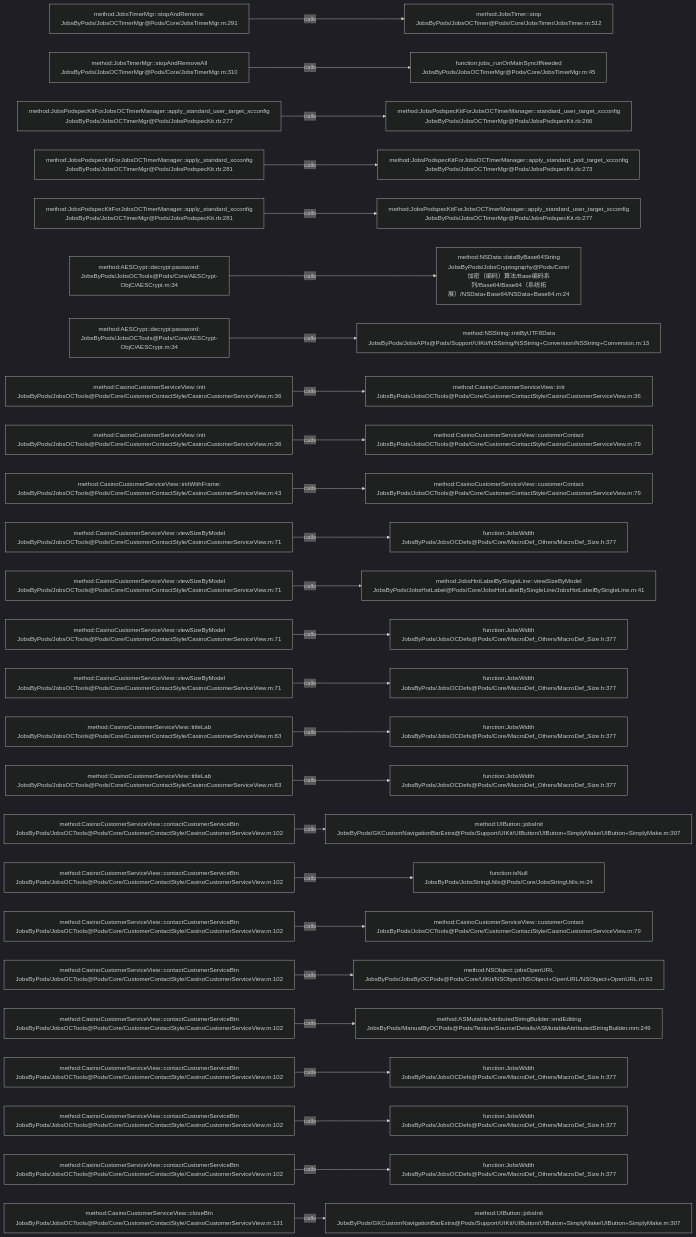
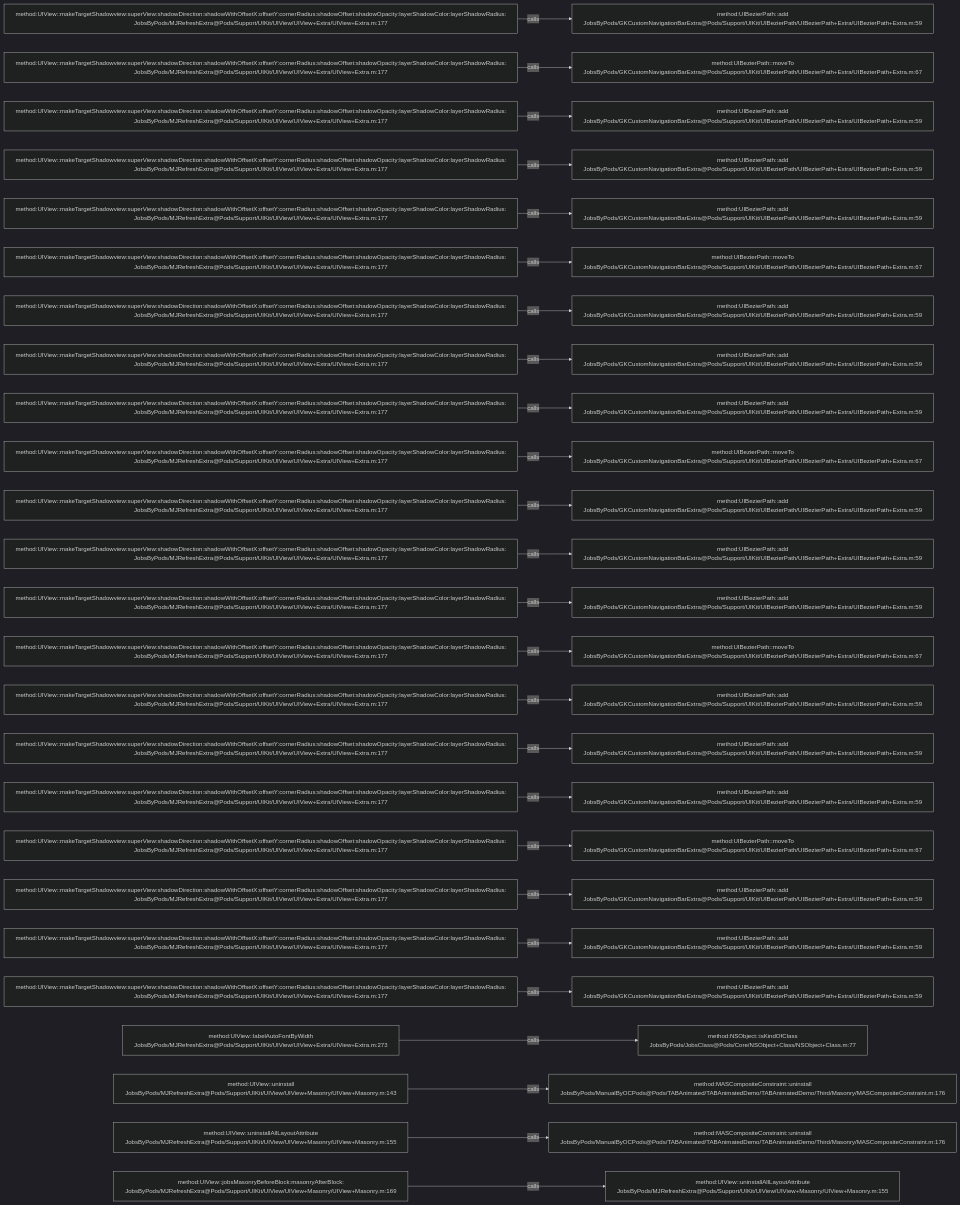
One commit to JobsKits/JobsOCBaseConfigDemo changed the diagram in .codegraph/codegraph.md/graphs/calls-183.md. Above: the diagram before and after it, drawn with Mermaid (dark theme). The commit also changed 1026 other files, not shown here.

````diff
--- a/.codegraph/codegraph.md/graphs/calls-183.md
+++ b/.codegraph/codegraph.md/graphs/calls-183.md
@@ -13,78 +13,78 @@
 ```mermaid
 flowchart LR
-  S1["method:JobsTimerMgr::stopAndRemove:<br/>JobsByPods/JobsOCTimerMgr@Pods/Core/JobsTimerMgr.m:291"]
-  T1["method:JobsTimer::stop<br/>JobsByPods/JobsOCTimer@Pods/Core/JobsTimer/JobsTimer.m:512"]
+  S1["method:UIView::makeTargetShadowview:superView:shadowDirection:shadowWithOffsetX:offsetY:cornerRadius:shadowOffset:shadowOpacity:layerShadowColor:layerShadowRadius:<br/>JobsByPods/MJRefreshExtra@Pods/Support/UIKit/UIView/UIView+Extra/UIView+Extra.m:177"]
+  T1["method:UIBezierPath::add<br/>JobsByPods/GKCustomNavigationBarExtra@Pods/Support/UIKit/UIBezierPath/UIBezierPath+Extra/UIBezierPath+Extra.m:59"]
   S1 -->|calls| T1
-  S2["method:JobsTimerMgr::stopAndRemoveAll<br/>JobsByPods/JobsOCTimerMgr@Pods/Core/JobsTimerMgr.m:310"]
-  T2["function:jobs_runOnMainSyncIfNeeded<br/>JobsByPods/JobsOCTimerMgr@Pods/Core/JobsTimerMgr.m:45"]
+  S2["method:UIView::makeTargetShadowview:superView:shadowDirection:shadowWithOffsetX:offsetY:cornerRadius:shadowOffset:shadowOpacity:layerShadowColor:layerShadowRadius:<br/>JobsByPods/MJRefreshExtra@Pods/Support/UIKit/UIView/UIView+Extra/UIView+Extra.m:177"]
+  T2["method:UIBezierPath::moveTo<br/>JobsByPods/GKCustomNavigationBarExtra@Pods/Support/UIKit/UIBezierPath/UIBezierPath+Extra/UIBezierPath+Extra.m:67"]
   S2 -->|calls| T2
-  S3["method:JobsPodspecKitForJobsOCTimerManager::apply_standard_user_target_xcconfig<br/>JobsByPods/JobsOCTimerMgr@Pods/JobsPodspecKit.rb:277"]
-  T3["method:JobsPodspecKitForJobsOCTimerManager::standard_user_target_xcconfig<br/>JobsByPods/JobsOCTimerMgr@Pods/JobsPodspecKit.rb:266"]
+  S3["method:UIView::makeTargetShadowview:superView:shadowDirection:shadowWithOffsetX:offsetY:cornerRadius:shadowOffset:shadowOpacity:layerShadowColor:layerShadowRadius:<br/>JobsByPods/MJRefreshExtra@Pods/Support/UIKit/UIView/UIView+Extra/UIView+Extra.m:177"]
+  T3["method:UIBezierPath::add<br/>JobsByPods/GKCustomNavigationBarExtra@Pods/Support/UIKit/UIBezierPath/UIBezierPath+Extra/UIBezierPath+Extra.m:59"]
   S3 -->|calls| T3
-  S4["method:JobsPodspecKitForJobsOCTimerManager::apply_standard_xcconfig<br/>JobsByPods/JobsOCTimerMgr@Pods/JobsPodspecKit.rb:281"]
-  T4["method:JobsPodspecKitForJobsOCTimerManager::apply_standard_pod_target_xcconfig<br/>JobsByPods/JobsOCTimerMgr@Pods/JobsPodspecKit.rb:273"]
+  S4["method:UIView::makeTargetShadowview:superView:shadowDirection:shadowWithOffsetX:offsetY:cornerRadius:shadowOffset:shadowOpacity:layerShadowColor:layerShadowRadius:<br/>JobsByPods/MJRefreshExtra@Pods/Support/UIKit/UIView/UIView+Extra/UIView+Extra.m:177"]
+  T4["method:UIBezierPath::add<br/>JobsByPods/GKCustomNavigationBarExtra@Pods/Support/UIKit/UIBezierPath/UIBezierPath+Extra/UIBezierPath+Extra.m:59"]
   S4 -->|calls| T4
-  S5["method:JobsPodspecKitForJobsOCTimerManager::apply_standard_xcconfig<br/>JobsByPods/JobsOCTimerMgr@Pods/JobsPodspecKit.rb:281"]
-  T5["method:JobsPodspecKitForJobsOCTimerManager::apply_standard_user_target_xcconfig<br/>JobsByPods/JobsOCTimerMgr@Pods/JobsPodspecKit.rb:277"]
+  S5["method:UIView::makeTargetShadowview:superView:shadowDirection:shadowWithOffsetX:offsetY:cornerRadius:shadowOffset:shadowOpacity:layerShadowColor:layerShadowRadius:<br/>JobsByPods/MJRefreshExtra@Pods/Support/UIKit/UIView/UIView+Extra/UIView+Extra.m:177"]
+  T5["method:UIBezierPath::add<br/>JobsByPods/GKCustomNavigationBarExtra@Pods/Support/UIKit/UIBezierPath/UIBezierPath+Extra/UIBezierPath+Extra.m:59"]
   S5 -->|calls| T5
-  S6["method:AESCrypt::decrypt:password:<br/>JobsByPods/JobsOCTools@Pods/Core/AESCrypt-ObjC/AESCrypt.m:34"]
-  T6["method:NSData::dataByBase64String<br/>JobsByPods/JobsCryptography@Pods/Core/加密（编码）算法/Base编码系列/Base64/Base64（系统拓展）/NSData+Base64/NSData+Base64.m:24"]
+  S6["method:UIView::makeTargetShadowview:superView:shadowDirection:shadowWithOffsetX:offsetY:cornerRadius:shadowOffset:shadowOpacity:layerShadowColor:layerShadowRadius:<br/>JobsByPods/MJRefreshExtra@Pods/Support/UIKit/UIView/UIView+Extra/UIView+Extra.m:177"]
+  T6["method:UIBezierPath::moveTo<br/>JobsByPods/GKCustomNavigationBarExtra@Pods/Support/UIKit/UIBezierPath/UIBezierPath+Extra/UIBezierPath+Extra.m:67"]
   S6 -->|calls| T6
-  S7["method:AESCrypt::decrypt:password:<br/>JobsByPods/JobsOCTools@Pods/Core/AESCrypt-ObjC/AESCrypt.m:34"]
-  T7["method:NSString::initByUTF8Data<br/>JobsByPods/JobsAPIs@Pods/Support/UIKit/NSString/NSString+Conversion/NSString+Conversion.m:13"]
+  S7["method:UIView::makeTargetShadowview:superView:shadowDirection:shadowWithOffsetX:offsetY:cornerRadius:shadowOffset:shadowOpacity:layerShadowColor:layerShadowRadius:<br/>JobsByPods/MJRefreshExtra@Pods/Support/UIKit/UIView/UIView+Extra/UIView+Extra.m:177"]
+  T7["method:UIBezierPath::add<br/>JobsByPods/GKCustomNavigationBarExtra@Pods/Support/UIKit/UIBezierPath/UIBezierPath+Extra/UIBezierPath+Extra.m:59"]
   S7 -->|calls| T7
-  S8["method:CasinoCustomerServiceView::init<br/>JobsByPods/JobsOCTools@Pods/Core/CustomerContactStyle/CasinoCustomerServiceView.m:36"]
-  T8["method:CasinoCustomerServiceView::init<br/>JobsByPods/JobsOCTools@Pods/Core/CustomerContactStyle/CasinoCustomerServiceView.m:36"]
+  S8["method:UIView::makeTargetShadowview:superView:shadowDirection:shadowWithOffsetX:offsetY:cornerRadius:shadowOffset:shadowOpacity:layerShadowColor:layerShadowRadius:<br/>JobsByPods/MJRefreshExtra@Pods/Support/UIKit/UIView/UIView+Extra/UIView+Extra.m:177"]
+  T8["method:UIBezierPath::add<br/>JobsByPods/GKCustomNavigationBarExtra@Pods/Support/UIKit/UIBezierPath/UIBezierPath+Extra/UIBezierPath+Extra.m:59"]
   S8 -->|calls| T8
-  S9["method:CasinoCustomerServiceView::init<br/>JobsByPods/JobsOCTools@Pods/Core/CustomerContactStyle/CasinoCustomerServiceView.m:36"]
-  T9["method:CasinoCustomerServiceView::customerContact<br/>JobsByPods/JobsOCTools@Pods/Core/CustomerContactStyle/CasinoCustomerServiceView.m:79"]
+  S9["method:UIView::makeTargetShadowview:superView:shadowDirection:shadowWithOffsetX:offsetY:cornerRadius:shadowOffset:shadowOpacity:layerShadowColor:layerShadowRadius:<br/>JobsByPods/MJRefreshExtra@Pods/Support/UIKit/UIView/UIView+Extra/UIView+Extra.m:177"]
+  T9["method:UIBezierPath::add<br/>JobsByPods/GKCustomNavigationBarExtra@Pods/Support/UIKit/UIBezierPath/UIBezierPath+Extra/UIBezierPath+Extra.m:59"]
   S9 -->|calls| T9
-  S10["method:CasinoCustomerServiceView::initWithFrame:<br/>JobsByPods/JobsOCTools@Pods/Core/CustomerContactStyle/CasinoCustomerServiceView.m:43"]
-  T10["method:CasinoCustomerServiceView::customerContact<br/>JobsByPods/JobsOCTools@Pods/Core/CustomerContactStyle/CasinoCustomerServiceView.m:79"]
+  S10["method:UIView::makeTargetShadowview:superView:shadowDirection:shadowWithOffsetX:offsetY:cornerRadius:shadowOffset:shadowOpacity:layerShadowColor:layerShadowRadius:<br/>JobsByPods/MJRefreshExtra@Pods/Support/UIKit/UIView/UIView+Extra/UIView+Extra.m:177"]
+  T10["method:UIBezierPath::moveTo<br/>JobsByPods/GKCustomNavigationBarExtra@Pods/Support/UIKit/UIBezierPath/UIBezierPath+Extra/UIBezierPath+Extra.m:67"]
   S10 -->|calls| T10
-  S11["method:CasinoCustomerServiceView::viewSizeByModel<br/>JobsByPods/JobsOCTools@Pods/Core/CustomerContactStyle/CasinoCustomerServiceView.m:71"]
-  T11["function:JobsWidth<br/>JobsByPods/JobsOCDefs@Pods/Core/MacroDef_Others/MacroDef_Size.h:377"]
+  S11["method:UIView::makeTargetShadowview:superView:shadowDirection:shadowWithOffsetX:offsetY:cornerRadius:shadowOffset:shadowOpacity:layerShadowColor:layerShadowRadius:<br/>JobsByPods/MJRefreshExtra@Pods/Support/UIKit/UIView/UIView+Extra/UIView+Extra.m:177"]
+  T11["method:UIBezierPath::add<br/>JobsByPods/GKCustomNavigationBarExtra@Pods/Support/UIKit/UIBezierPath/UIBezierPath+Extra/UIBezierPath+Extra.m:59"]
   S11 -->|calls| T11
-  S12["method:CasinoCustomerServiceView::viewSizeByModel<br/>JobsByPods/JobsOCTools@Pods/Core/CustomerContactStyle/CasinoCustomerServiceView.m:71"]
-  T12["method:JobsHotLabelBySingleLine::viewSizeByModel<br/>JobsByPods/JobsHotLabel@Pods/Core/JobsHotLabelBySingleLine/JobsHotLabelBySingleLine.m:41"]
+  S12["method:UIView::makeTargetShadowview:superView:shadowDirection:shadowWithOffsetX:offsetY:cornerRadius:shadowOffset:shadowOpacity:layerShadowColor:layerShadowRadius:<br/>JobsByPods/MJRefreshExtra@Pods/Support/UIKit/UIView/UIView+Extra/UIView+Extra.m:177"]
+  T12["method:UIBezierPath::add<br/>JobsByPods/GKCustomNavigationBarExtra@Pods/Support/UIKit/UIBezierPath/UIBezierPath+Extra/UIBezierPath+Extra.m:59"]
   S12 -->|calls| T12
-  S13["method:CasinoCustomerServiceView::viewSizeByModel<br/>JobsByPods/JobsOCTools@Pods/Core/CustomerContactStyle/CasinoCustomerServiceView.m:71"]
-  T13["function:JobsWidth<br/>JobsByPods/JobsOCDefs@Pods/Core/MacroDef_Others/MacroDef_Size.h:377"]
+  S13["method:UIView::makeTargetShadowview:superView:shadowDirection:shadowWithOffsetX:offsetY:cornerRadius:shadowOffset:shadowOpacity:layerShadowColor:layerShadowRadius:<br/>JobsByPods/MJRefreshExtra@Pods/Support/UIKit/UIView/UIView+Extra/UIView+Extra.m:177"]
+  T13["method:UIBezierPath::add<br/>JobsByPods/GKCustomNavigationBarExtra@Pods/Support/UIKit/UIBezierPath/UIBezierPath+Extra/UIBezierPath+Extra.m:59"]
   S13 -->|calls| T13
-  S14["method:CasinoCustomerServiceView::viewSizeByModel<br/>JobsByPods/JobsOCTools@Pods/Core/CustomerContactStyle/CasinoCustomerServiceView.m:71"]
-  T14["function:JobsWidth<br/>JobsByPods/JobsOCDefs@Pods/Core/MacroDef_Others/MacroDef_Size.h:377"]
+  S14["method:UIView::makeTargetShadowview:superView:shadowDirection:shadowWithOffsetX:offsetY:cornerRadius:shadowOffset:shadowOpacity:layerShadowColor:layerShadowRadius:<br/>JobsByPods/MJRefreshExtra@Pods/Support/UIKit/UIView/UIView+Extra/UIView+Extra.m:177"]
+  T14["method:UIBezierPath::moveTo<br/>JobsByPods/GKCustomNavigationBarExtra@Pods/Support/UIKit/UIBezierPath/UIBezierPath+Extra/UIBezierPath+Extra.m:67"]
   S14 -->|calls| T14
-  S15["method:CasinoCustomerServiceView::titleLab<br/>JobsByPods/JobsOCTools@Pods/Core/CustomerContactStyle/CasinoCustomerServiceView.m:83"]
-  T15["function:JobsWidth<br/>JobsByPods/JobsOCDefs@Pods/Core/MacroDef_Others/MacroDef_Size.h:377"]
+  S15["method:UIView::makeTargetShadowview:superView:shadowDirection:shadowWithOffsetX:offsetY:cornerRadius:shadowOffset:shadowOpacity:layerShadowColor:layerShadowRadius:<br/>JobsByPods/MJRefreshExtra@Pods/Support/UIKit/UIView/UIView+Extra/UIView+Extra.m:177"]
+  T15["method:UIBezierPath::add<br/>JobsByPods/GKCustomNavigationBarExtra@Pods/Support/UIKit/UIBezierPath/UIBezierPath+Extra/UIBezierPath+Extra.m:59"]
   S15 -->|calls| T15
-  S16["method:CasinoCustomerServiceView::titleLab<br/>JobsByPods/JobsOCTools@Pods/Core/CustomerContactStyle/CasinoCustomerServiceView.m:83"]
-  T16["function:JobsWidth<br/>JobsByPods/JobsOCDefs@Pods/Core/MacroDef_Others/MacroDef_Size.h:377"]
+  S16["method:UIView::makeTargetShadowview:superView:shadowDirection:shadowWithOffsetX:offsetY:cornerRadius:shadowOffset:shadowOpacity:layerShadowColor:layerShadowRadius:<br/>JobsByPods/MJRefreshExtra@Pods/Support/UIKit/UIView/UIView+Extra/UIView+Extra.m:177"]
+  T16["method:UIBezierPath::add<br/>JobsByPods/GKCustomNavigationBarExtra@Pods/Support/UIKit/UIBezierPath/UIBezierPath+Extra/UIBezierPath+Extra.m:59"]
   S16 -->|calls| T16
-  S17["method:CasinoCustomerServiceView::contactCustomerServiceBtn<br/>JobsByPods/JobsOCTools@Pods/Core/CustomerContactStyle/CasinoCustomerServiceView.m:102"]
-  T17["method:UIButton::jobsInit<br/>JobsByPods/GKCustomNavigationBarExtra@Pods/Support/UIKit/UIButton/UIButton+SimplyMake/UIButton+SimplyMake.m:307"]
+  S17["method:UIView::makeTargetShadowview:superView:shadowDirection:shadowWithOffsetX:offsetY:cornerRadius:shadowOffset:shadowOpacity:layerShadowColor:layerShadowRadius:<br/>JobsByPods/MJRefreshExtra@Pods/Support/UIKit/UIView/UIView+Extra/UIView+Extra.m:177"]
+  T17["method:UIBezierPath::add<br/>JobsByPods/GKCustomNavigationBarExtra@Pods/Support/UIKit/UIBezierPath/UIBezierPath+Extra/UIBezierPath+Extra.m:59"]
   S17 -->|calls| T17
-  S18["method:CasinoCustomerServiceView::contactCustomerServiceBtn<br/>JobsByPods/JobsOCTools@Pods/Core/CustomerContactStyle/CasinoCustomerServiceView.m:102"]
-  T18["function:isNull<br/>JobsByPods/JobsStringUtils@Pods/Core/JobsStringUtils.m:24"]
+  S18["method:UIView::makeTargetShadowview:superView:shadowDirection:shadowWithOffsetX:offsetY:cornerRadius:shadowOffset:shadowOpacity:layerShadowColor:layerShadowRadius:<br/>JobsByPods/MJRefreshExtra@Pods/Support/UIKit/UIView/UIView+Extra/UIView+Extra.m:177"]
+  T18["method:UIBezierPath::moveTo<br/>JobsByPods/GKCustomNavigationBarExtra@Pods/Support/UIKit/UIBezierPath/UIBezierPath+Extra/UIBezierPath+Extra.m:67"]
   S18 -->|calls| T18
-  S19["method:CasinoCustomerServiceView::contactCustomerServiceBtn<br/>JobsByPods/JobsOCTools@Pods/Core/CustomerContactStyle/CasinoCustomerServiceView.m:102"]
-  T19["method:CasinoCustomerServiceView::customerContact<br/>JobsByPods/JobsOCTools@Pods/Core/CustomerContactStyle/CasinoCustomerServiceView.m:79"]
+  S19["method:UIView::makeTargetShadowview:superView:shadowDirection:shadowWithOffsetX:offsetY:cornerRadius:shadowOffset:shadowOpacity:layerShadowColor:layerShadowRadius:<br/>JobsByPods/MJRefreshExtra@Pods/Support/UIKit/UIView/UIView+Extra/UIView+Extra.m:177"]
+  T19["method:UIBezierPath::add<br/>JobsByPods/GKCustomNavigationBarExtra@Pods/Support/UIKit/UIBezierPath/UIBezierPath+Extra/UIBezierPath+Extra.m:59"]
   S19 -->|calls| T19
-  S20["method:CasinoCustomerServiceView::contactCustomerServiceBtn<br/>JobsByPods/JobsOCTools@Pods/Core/CustomerContactStyle/CasinoCustomerServiceView.m:102"]
-  T20["method:NSObject::jobsOpenURL<br/>JobsByPods/JobsByOCPods@Pods/Core/UIKit/NSObject/NSObject+OpenURL/NSObject+OpenURL.m:63"]
+  S20["method:UIView::makeTargetShadowview:superView:shadowDirection:shadowWithOffsetX:offsetY:cornerRadius:shadowOffset:shadowOpacity:layerShadowColor:layerShadowRadius:<br/>JobsByPods/MJRefreshExtra@Pods/Support/UIKit/UIView/UIView+Extra/UIView+Extra.m:177"]
+  T20["method:UIBezierPath::add<br/>JobsByPods/GKCustomNavigationBarExtra@Pods/Support/UIKit/UIBezierPath/UIBezierPath+Extra/UIBezierPath+Extra.m:59"]
   S20 -->|calls| T20
-  S21["method:CasinoCustomerServiceView::contactCustomerServiceBtn<br/>JobsByPods/JobsOCTools@Pods/Core/CustomerContactStyle/CasinoCustomerServiceView.m:102"]
-  T21["method:ASMutableAttributedStringBuilder::endEditing<br/>JobsByPods/ManualByOCPods@Pods/Texture/Source/Details/ASMutableAttributedStringBuilder.mm:249"]
+  S21["method:UIView::makeTargetShadowview:superView:shadowDirection:shadowWithOffsetX:offsetY:cornerRadius:shadowOffset:shadowOpacity:layerShadowColor:layerShadowRadius:<br/>JobsByPods/MJRefreshExtra@Pods/Support/UIKit/UIView/UIView+Extra/UIView+Extra.m:177"]
+  T21["method:UIBezierPath::add<br/>JobsByPods/GKCustomNavigationBarExtra@Pods/Support/UIKit/UIBezierPath/UIBezierPath+Extra/UIBezierPath+Extra.m:59"]
   S21 -->|calls| T21
-  S22["method:CasinoCustomerServiceView::contactCustomerServiceBtn<br/>JobsByPods/JobsOCTools@Pods/Core/CustomerContactStyle/CasinoCustomerServiceView.m:102"]
-  T22["function:JobsWidth<br/>JobsByPods/JobsOCDefs@Pods/Core/MacroDef_Others/MacroDef_Size.h:377"]
+  S22["method:UIView::labelAutoFontByWidth<br/>JobsByPods/MJRefreshExtra@Pods/Support/UIKit/UIView/UIView+Extra/UIView+Extra.m:273"]
+  T22["method:NSObject::isKindOfClass<br/>JobsByPods/JobsClass@Pods/Core/NSObject+Class/NSObject+Class.m:77"]
   S22 -->|calls| T22
-  S23["method:CasinoCustomerServiceView::contactCustomerServiceBtn<br/>JobsByPods/JobsOCTools@Pods/Core/CustomerContactStyle/CasinoCustomerServiceView.m:102"]
-  T23["function:JobsWidth<br/>JobsByPods/JobsOCDefs@Pods/Core/MacroDef_Others/MacroDef_Size.h:377"]
+  S23["method:UIView::uninstall<br/>JobsByPods/MJRefreshExtra@Pods/Support/UIKit/UIView/UIView+Masonry/UIView+Masonry.m:143"]
+  T23["method:MASCompositeConstraint::uninstall<br/>JobsByPods/ManualByOCPods@Pods/TABAnimated/TABAnimatedDemo/TABAnimatedDemo/Third/Masonry/MASCompositeConstraint.m:176"]
   S23 -->|calls| T23
-  S24["method:CasinoCustomerServiceView::contactCustomerServiceBtn<br/>JobsByPods/JobsOCTools@Pods/Core/CustomerContactStyle/CasinoCustomerServiceView.m:102"]
-  T24["function:JobsWidth<br/>JobsByPods/JobsOCDefs@Pods/Core/MacroDef_Others/MacroDef_Size.h:377"]
+  S24["method:UIView::uninstallAllLayoutAttribute<br/>JobsByPods/MJRefreshExtra@Pods/Support/UIKit/UIView/UIView+Masonry/UIView+Masonry.m:155"]
+  T24["method:MASCompositeConstraint::uninstall<br/>JobsByPods/ManualByOCPods@Pods/TABAnimated/TABAnimatedDemo/TABAnimatedDemo/Third/Masonry/MASCompositeConstraint.m:176"]
   S24 -->|calls| T24
-  S25["method:CasinoCustomerServiceView::closeBtn<br/>JobsByPods/JobsOCTools@Pods/Core/CustomerContactStyle/CasinoCustomerServiceView.m:131"]
-  T25["method:UIButton::jobsInit<br/>JobsByPods/GKCustomNavigationBarExtra@Pods/Support/UIKit/UIButton/UIButton+SimplyMake/UIButton+SimplyMake.m:307"]
+  S25["method:UIView::jobsMasonryBeforeBlock:masonryAfterBlock:<br/>JobsByPods/MJRefreshExtra@Pods/Support/UIKit/UIView/UIView+Masonry/UIView+Masonry.m:169"]
+  T25["method:UIView::uninstallAllLayoutAttribute<br/>JobsByPods/MJRefreshExtra@Pods/Support/UIKit/UIView/UIView+Masonry/UIView+Masonry.m:155"]
   S25 -->|calls| T25
 ```
````
